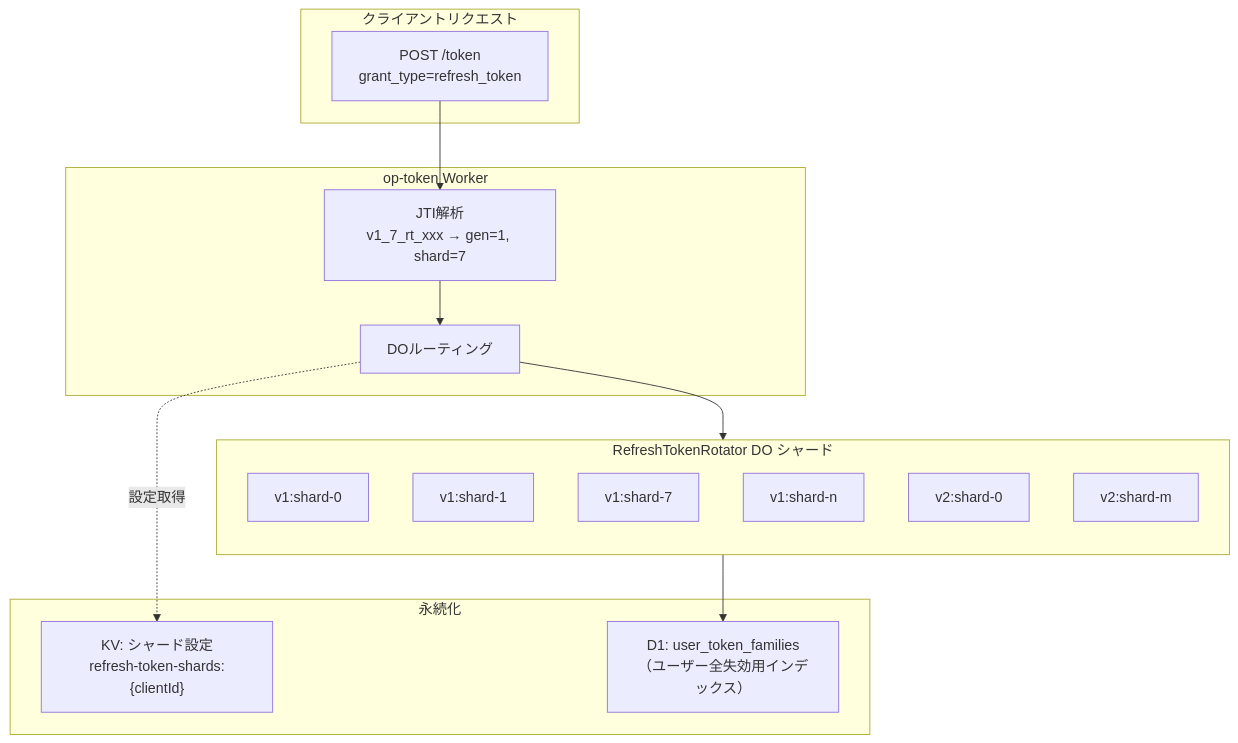
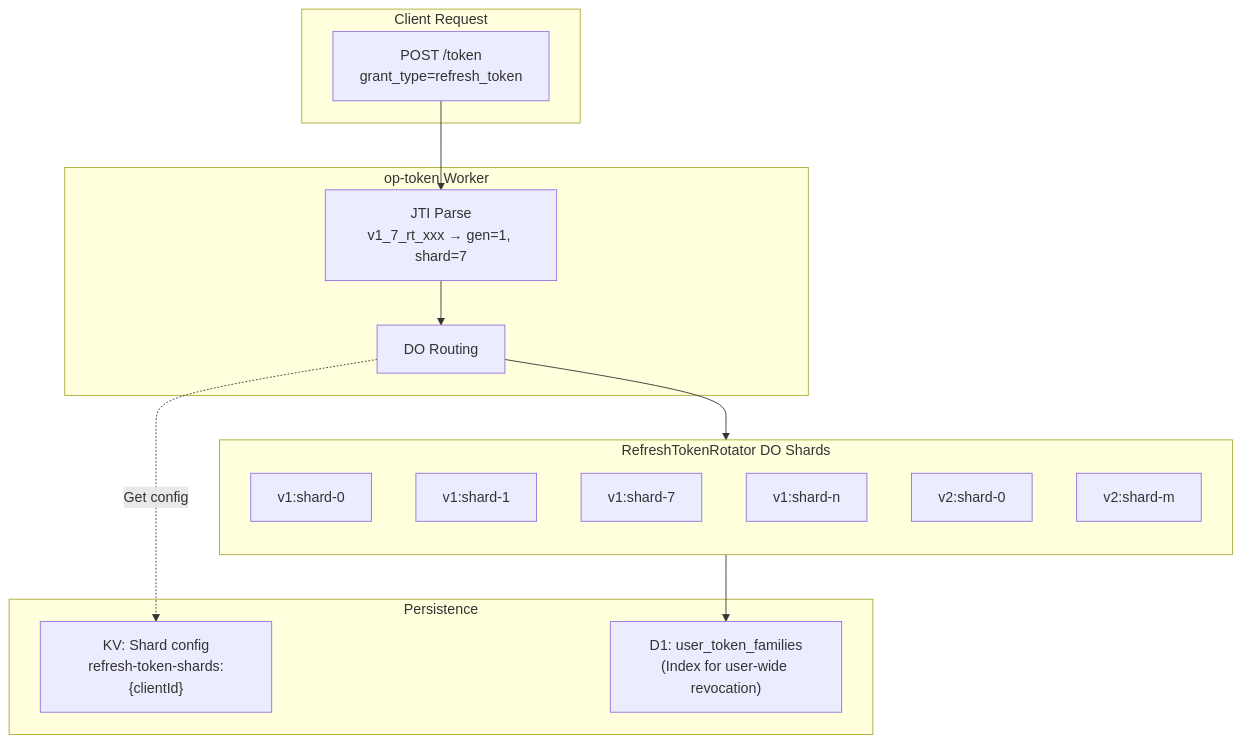
One commit to sgrastar/authrim changed the first of 3 diagrams in docs/architecture/refresh-token-sharding.md. Above: the diagram before and after it, drawn with Mermaid. The commit also changed other lines of this file and 28 other files, not shown here.

````diff
--- a/docs/architecture/refresh-token-sharding.md
+++ b/docs/architecture/refresh-token-sharding.md
@@ -25,32 +25,32 @@
 ```mermaid
 flowchart TB
-    subgraph Client["クライアントリクエスト"]
+    subgraph Client["Client Request"]
         REQ["POST /token<br/>grant_type=refresh_token"]
     end
 
     subgraph Router["op-token Worker"]
-        Parse["JTI解析<br/>v1_7_rt_xxx → gen=1, shard=7"]
-        Route["DOルーティング"]
+        Parse["JTI Parse<br/>v1_7_rt_xxx → gen=1, shard=7"]
+        Route["DO Routing"]
     end
 
-    subgraph Shards["RefreshTokenRotator DO シャード"]
+    subgraph Shards["RefreshTokenRotator DO Shards"]
         direction TB
         G1S0["v1:shard-0"]
         G1S1["v1:shard-1"]
         G1S7["v1:shard-7"]
         G1Sn["v1:shard-n"]
         G2S0["v2:shard-0"]
         G2Sm["v2:shard-m"]
     end
 
-    subgraph Storage["永続化"]
-        KV["KV: シャード設定<br/>refresh-token-shards:{clientId}"]
-        D1["D1: user_token_families<br/>（ユーザー全失効用インデックス）"]
+    subgraph Storage["Persistence"]
+        KV["KV: Shard config<br/>refresh-token-shards:{clientId}"]
+        D1["D1: user_token_families<br/>(Index for user-wide revocation)"]
     end
 
     REQ --> Parse
     Parse --> Route
     Route --> G1S7
     G1S7 --> D1
-    Route -.->|設定取得| KV
+    Route -.->|Get config| KV
 ```
````
